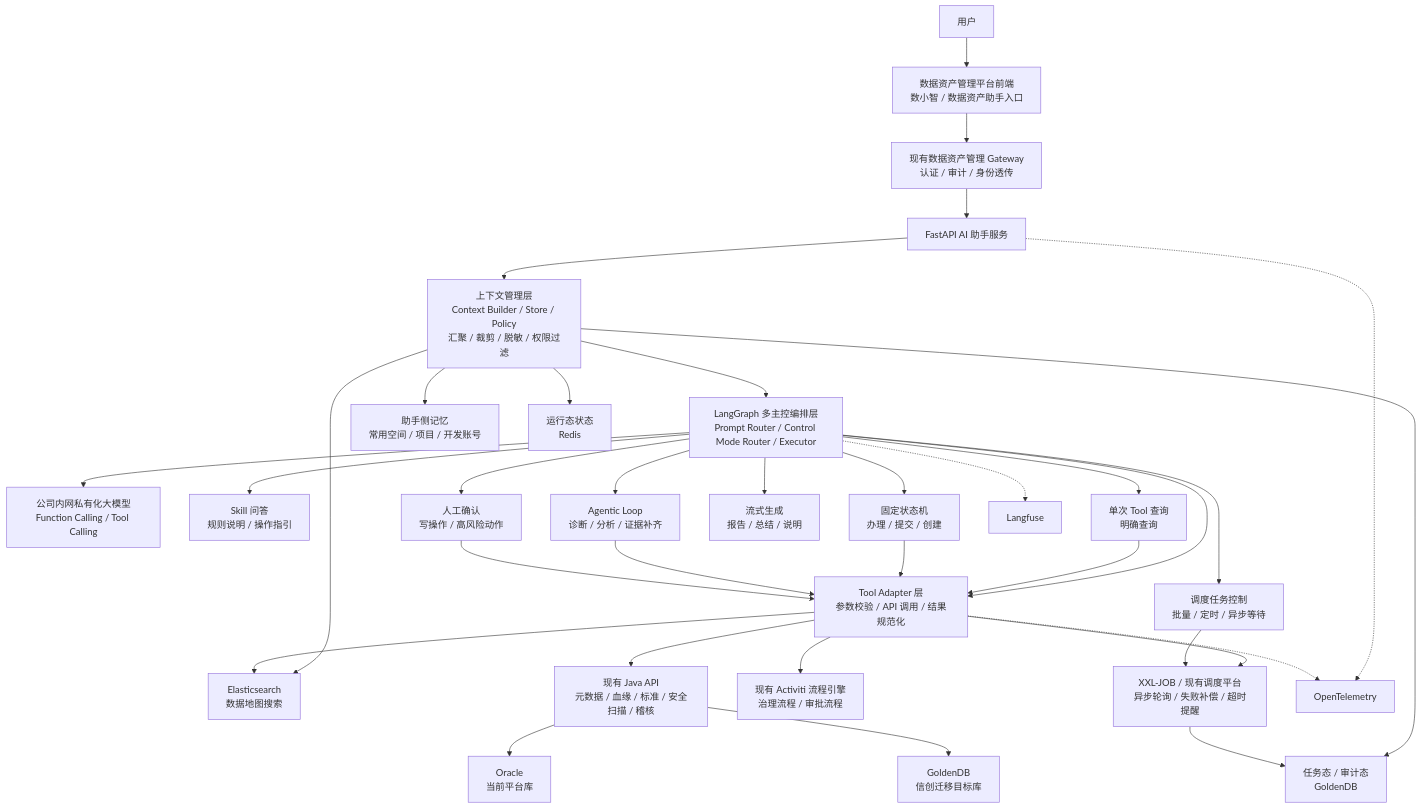
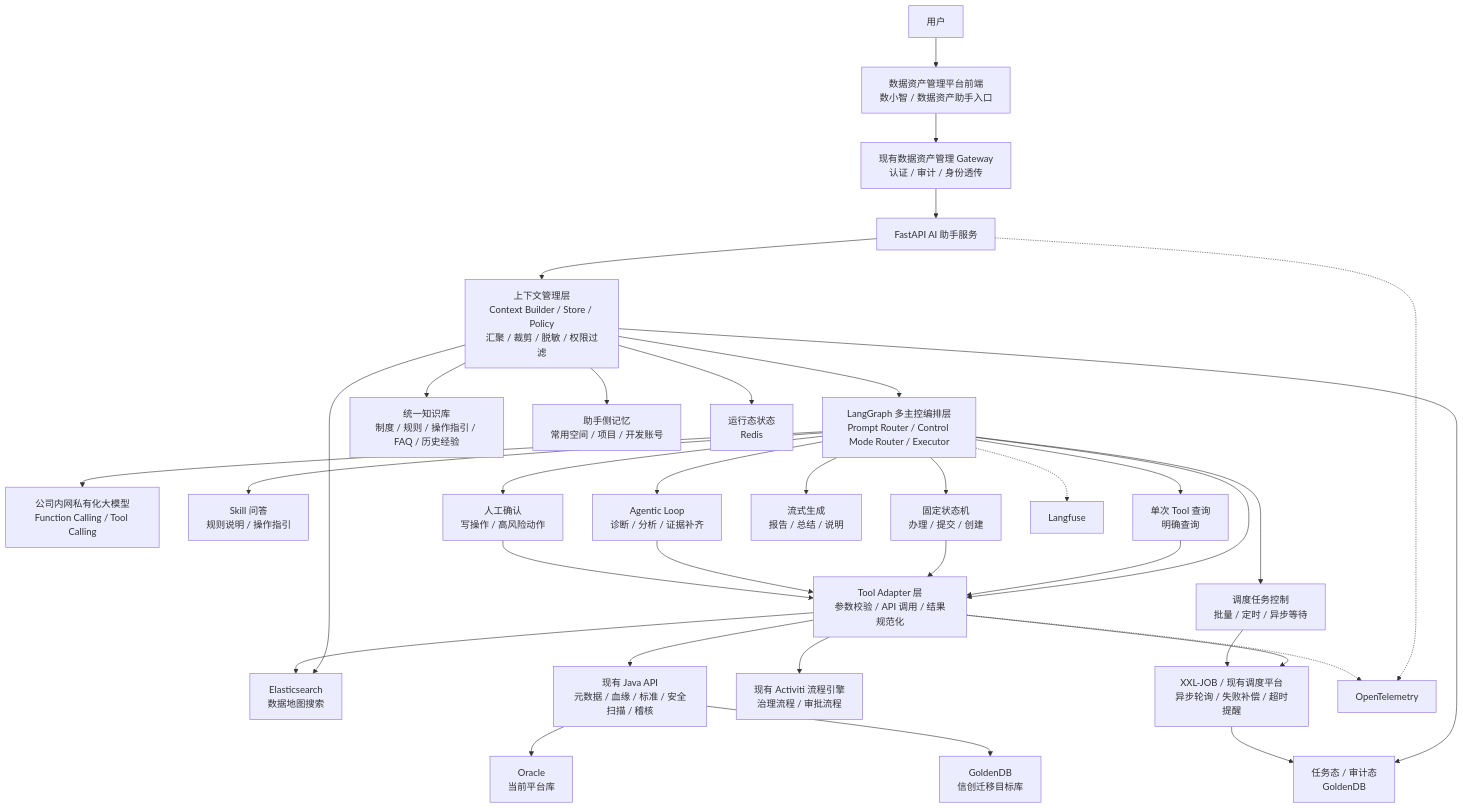
The first of 2 diagrams in 数据资产助手/05-数据资产助手技术选型方案.md (ShaneLiu001/dataasset), drawn with Mermaid before and after one commit. The commit also changed other lines of this file and 5 other files, not shown here.

````diff
--- a/数据资产助手/05-数据资产助手技术选型方案.md
+++ b/数据资产助手/05-数据资产助手技术选型方案.md
@@ -42,42 +43,43 @@
 ```mermaid
 flowchart TB
   User[用户] --> Web[数据资产管理平台前端<br/>数小智 / 数据资产助手入口]
   Web --> Gateway[现有数据资产管理 Gateway<br/>认证 / 审计 / 身份透传]
 
   Gateway --> Assistant[FastAPI AI 助手服务]
   Assistant --> Context[上下文管理层<br/>Context Builder / Store / Policy<br/>汇聚 / 裁剪 / 脱敏 / 权限过滤]
   Context --> Graph[LangGraph 多主控编排层<br/>Prompt Router / Control Mode Router / Executor]
   Graph --> LLM[公司内网私有化大模型<br/>Function Calling / Tool Calling]
 
   Graph --> SkillCtl[Skill 问答<br/>规则说明 / 操作指引]
   Graph --> ToolCtl[单次 Tool 查询<br/>明确查询]
   Graph --> StateCtl[固定状态机<br/>办理 / 提交 / 创建]
   Graph --> LoopCtl[Agentic Loop<br/>诊断 / 分析 / 证据补齐]
   Graph --> StreamCtl[流式生成<br/>报告 / 总结 / 说明]
   Graph --> ConfirmCtl[人工确认<br/>写操作 / 高风险动作]
 
+  Context --> Knowledge[统一知识库<br/>制度 / 规则 / 操作指引 / FAQ / 历史经验]
   Context --> Memory[助手侧记忆<br/>常用空间 / 项目 / 开发账号]
   Context --> RuntimeState[运行态状态<br/>Redis]
   Context --> TaskState[任务态 / 审计态<br/>GoldenDB]
   Context --> ES[Elasticsearch<br/>数据地图搜索]
 
   Graph --> ToolLayer[Tool Adapter 层<br/>参数校验 / API 调用 / 结果规范化]
   ToolCtl --> ToolLayer
   StateCtl --> ToolLayer
   LoopCtl --> ToolLayer
   ConfirmCtl --> ToolLayer
   ToolLayer --> JavaAPI[现有 Java API<br/>元数据 / 血缘 / 标准 / 安全扫描 / 稽核]
   ToolLayer --> ES
   ToolLayer --> Activiti[现有 Activiti 流程引擎<br/>治理流程 / 审批流程]
   ToolLayer --> Scheduler[XXL-JOB / 现有调度平台<br/>异步轮询 / 失败补偿 / 超时提醒]
   Graph --> SchedulerCtl[调度任务控制<br/>批量 / 定时 / 异步等待]
   SchedulerCtl --> Scheduler
 
   JavaAPI --> Oracle[Oracle<br/>当前平台库]
   JavaAPI --> GoldenDB[GoldenDB<br/>信创迁移目标库]
   Scheduler --> TaskState
 
   Assistant -.-> OTel[OpenTelemetry]
   Graph -.-> Langfuse[Langfuse]
   ToolLayer -.-> OTel
 ```
````
